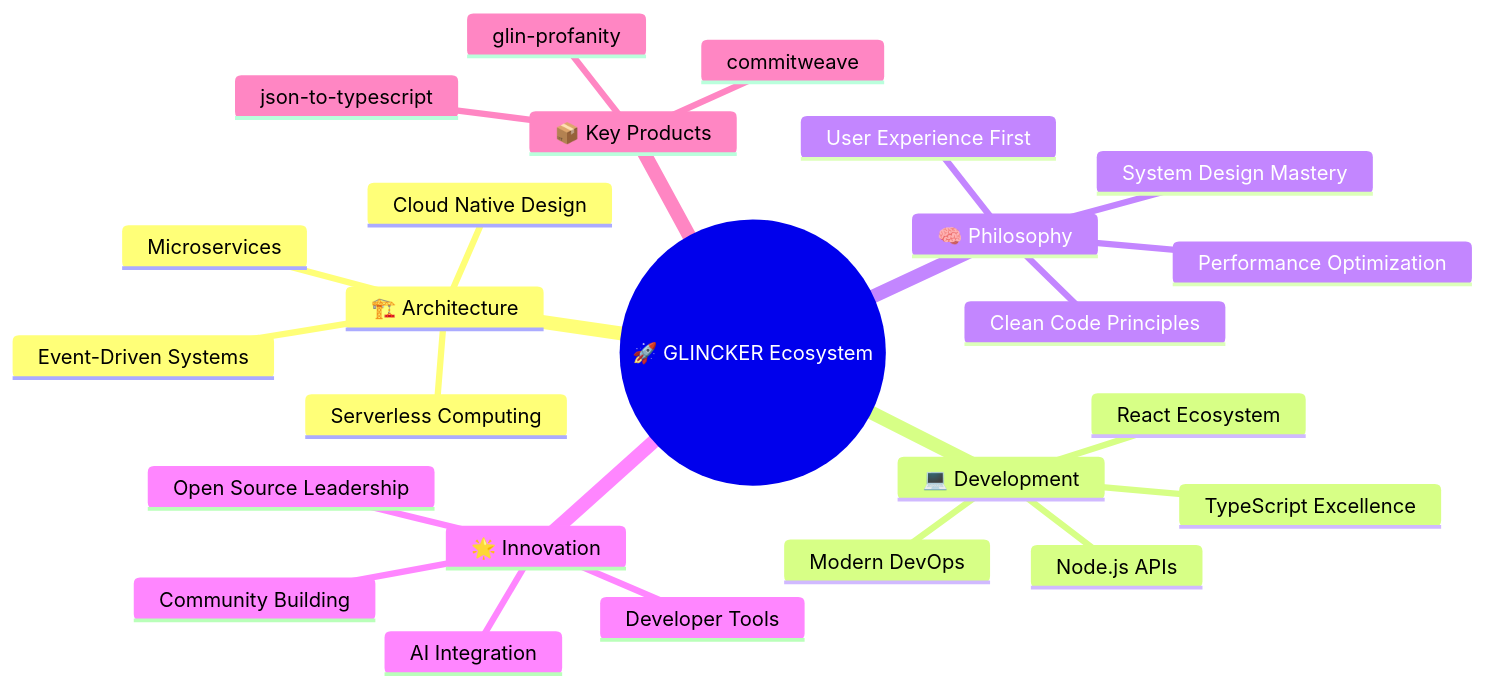
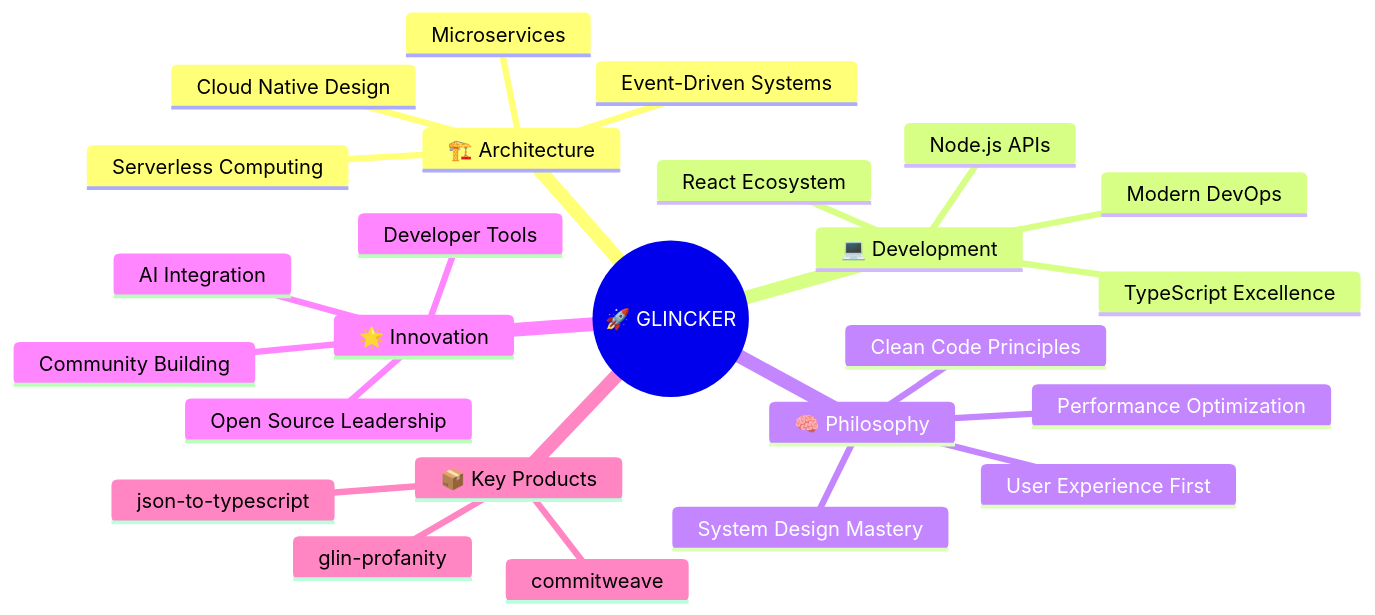
One commit to thegdsks/thegdsks changed the diagram in README.md. Above: the diagram before and after it, drawn with Mermaid. The commit also changed other lines of this file, not shown here.

````diff
--- a/README.md
+++ b/README.md
@@ -23,28 +23,28 @@
 ```mermaid
 mindmap
-  root((🚀 GLINCKER Ecosystem))
+  root((🚀 GLINCKER))
     🏗️ Architecture
       Microservices
       Serverless Computing
       Cloud Native Design
       Event-Driven Systems
     💻 Development
       TypeScript Excellence
       React Ecosystem
       Node.js APIs
       Modern DevOps
     🧠 Philosophy
       Clean Code Principles
       System Design Mastery
       User Experience First
       Performance Optimization
     🌟 Innovation
       Developer Tools
       Open Source Leadership
       Community Building
       AI Integration
     📦 Key Products
       glin-profanity
       commitweave
       json-to-typescript
 ```
````
